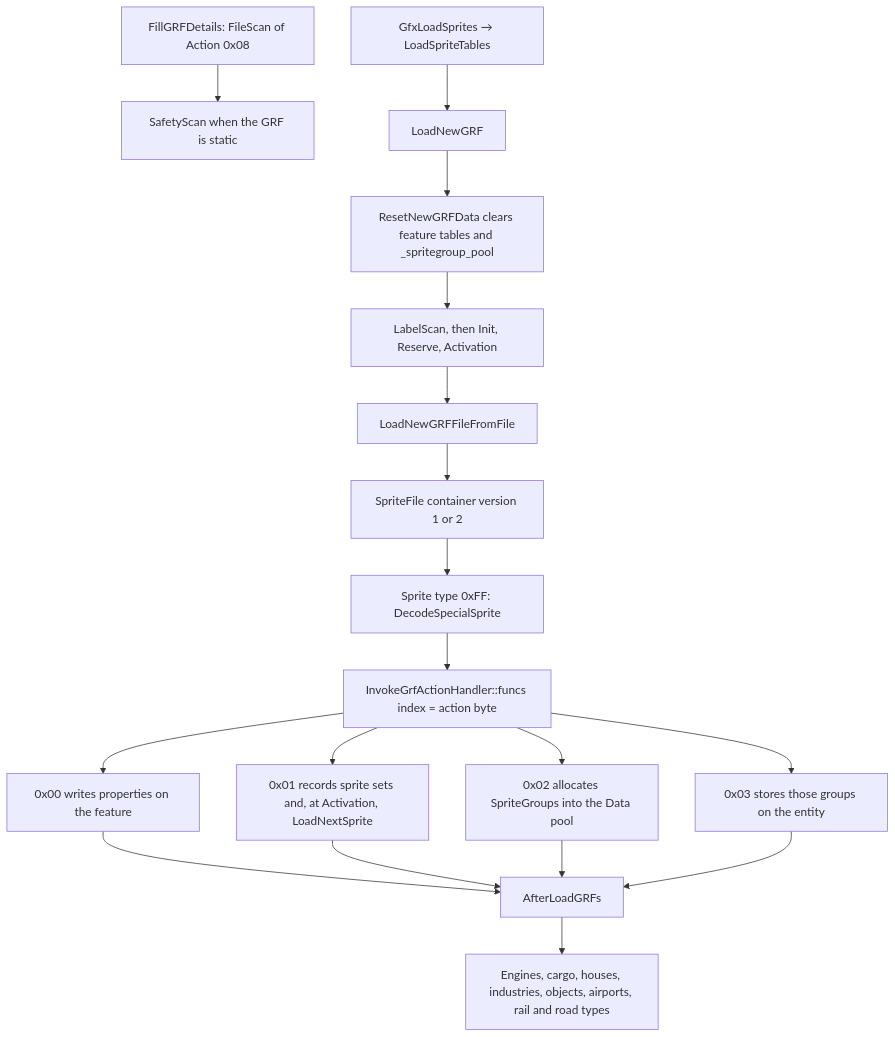
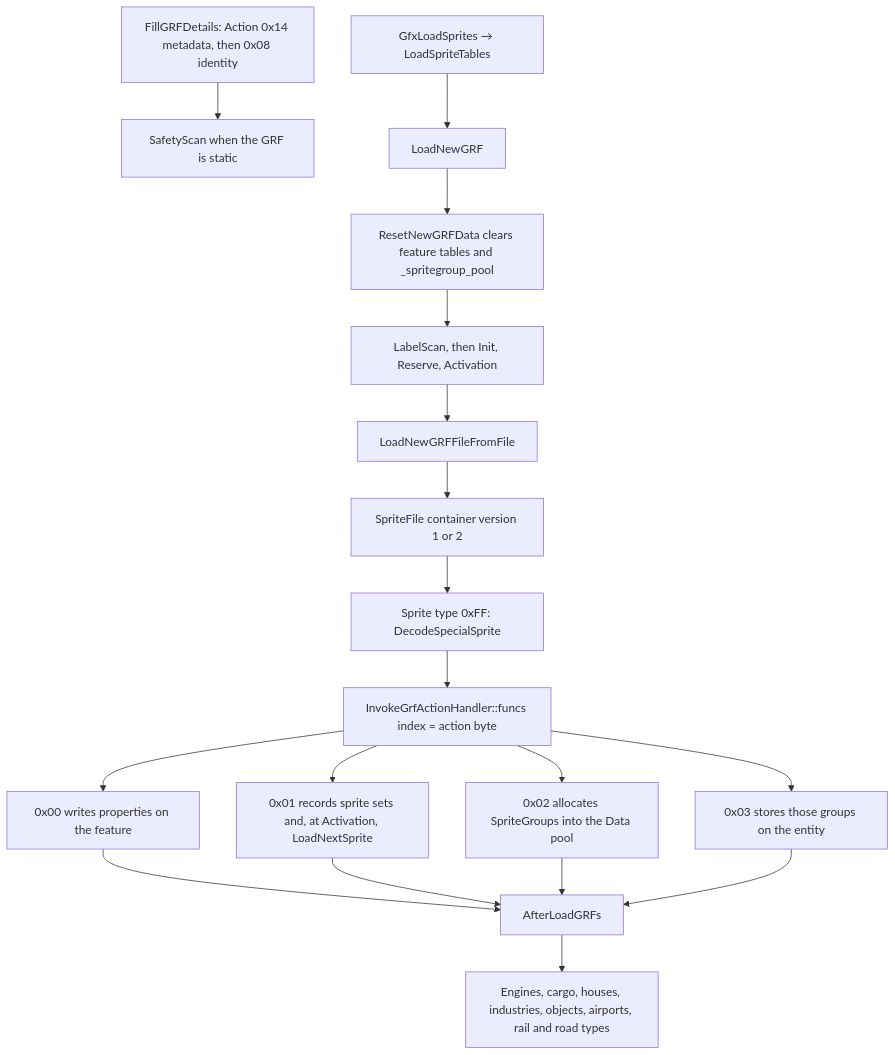
Before and after one commit to Kyliathy/OpenTTD: the first of 2 diagrams in docs/zz-reach2/architecture/newgrf/archi-newgrf.md, drawn with Mermaid. The commit also changed other lines of this file and 126 other files, not shown here.

````diff
--- a/docs/zz-reach2/architecture/newgrf/archi-newgrf.md
+++ b/docs/zz-reach2/architecture/newgrf/archi-newgrf.md
@@ -65,20 +65,20 @@
 ```mermaid
 flowchart TD
-  scan["FillGRFDetails: FileScan of Action 0x08"] --> safety["SafetyScan when the GRF is static"]
+  scan["FillGRFDetails: Action 0x14 metadata, then 0x08 identity"] --> safety["SafetyScan when the GRF is static"]
   gfx["GfxLoadSprites → LoadSpriteTables"] --> load["LoadNewGRF"]
   load --> reset["ResetNewGRFData clears feature tables and _spritegroup_pool"]
   reset --> stages["LabelScan, then Init, Reserve, Activation"]
   stages --> open["LoadNewGRFFileFromFile"]
   open --> ver["SpriteFile container version 1 or 2"]
   ver --> pseudo["Sprite type 0xFF: DecodeSpecialSprite"]
   pseudo --> act["InvokeGrfActionHandler::funcs index = action byte"]
   act --> a0["0x00 writes properties on the feature"]
   act --> a1["0x01 records sprite sets and, at Activation, LoadNextSprite"]
   act --> a2["0x02 allocates SpriteGroups into the Data pool"]
   act --> a3["0x03 stores those groups on the entity"]
   a0 --> after["AfterLoadGRFs"]
   a1 --> after
   a2 --> after
   a3 --> after
   after --> tables["Engines, cargo, houses, industries, objects, airports, rail and road types"]
 ```
````
